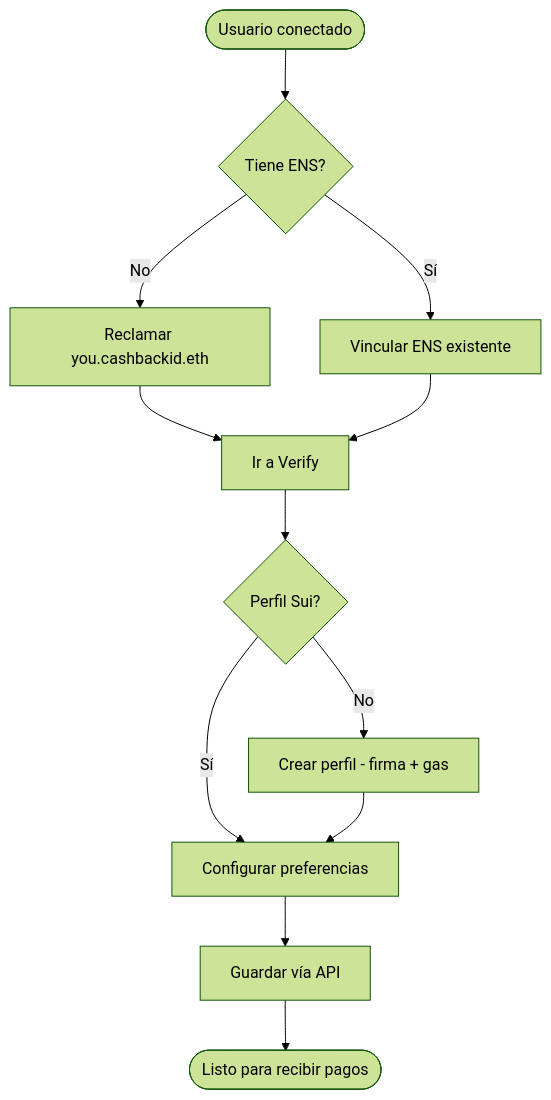
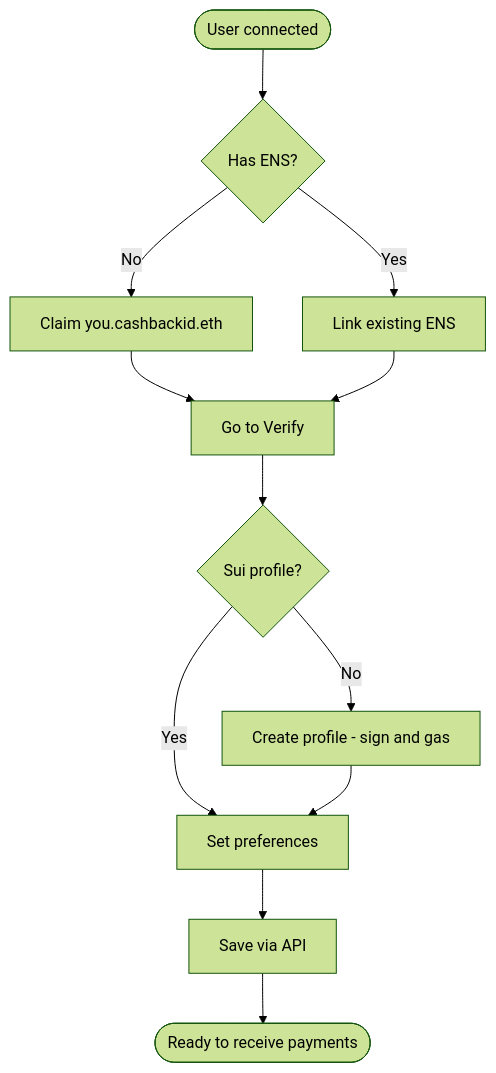
The second of 5 diagrams in README.md (SegFaultPapi/cashback-id), drawn with Mermaid (forest theme) before and after one commit. The commit also changed other lines of this file, not shown here.

Commit message:
docs: README in English, fix Pay Mermaid diagram (semicolon parse error)

````diff
--- a/README.md
+++ b/README.md
@@ -54,14 +54,14 @@
 ```mermaid
 flowchart TD
-  Start([Usuario conectado]) --> A{Tiene ENS?}
-  A -->|No| B[Reclamar you.cashbackid.eth]
-  A -->|Sí| C[Vincular ENS existente]
-  B --> D[Ir a Verify]
+  Start([User connected]) --> A{Has ENS?}
+  A -->|No| B[Claim you.cashbackid.eth]
+  A -->|Yes| C[Link existing ENS]
+  B --> D[Go to Verify]
   C --> D
-  D --> E{Perfil Sui?}
-  E -->|No| F[Crear perfil - firma + gas]
-  E -->|Sí| G[Configurar preferencias]
+  D --> E{Sui profile?}
+  E -->|No| F[Create profile - sign and gas]
+  E -->|Yes| G[Set preferences]
   F --> G
-  G --> H[Guardar vía API]
-  H --> I([Listo para recibir pagos])
+  G --> H[Save via API]
+  H --> I([Ready to receive payments])
 ```
````
